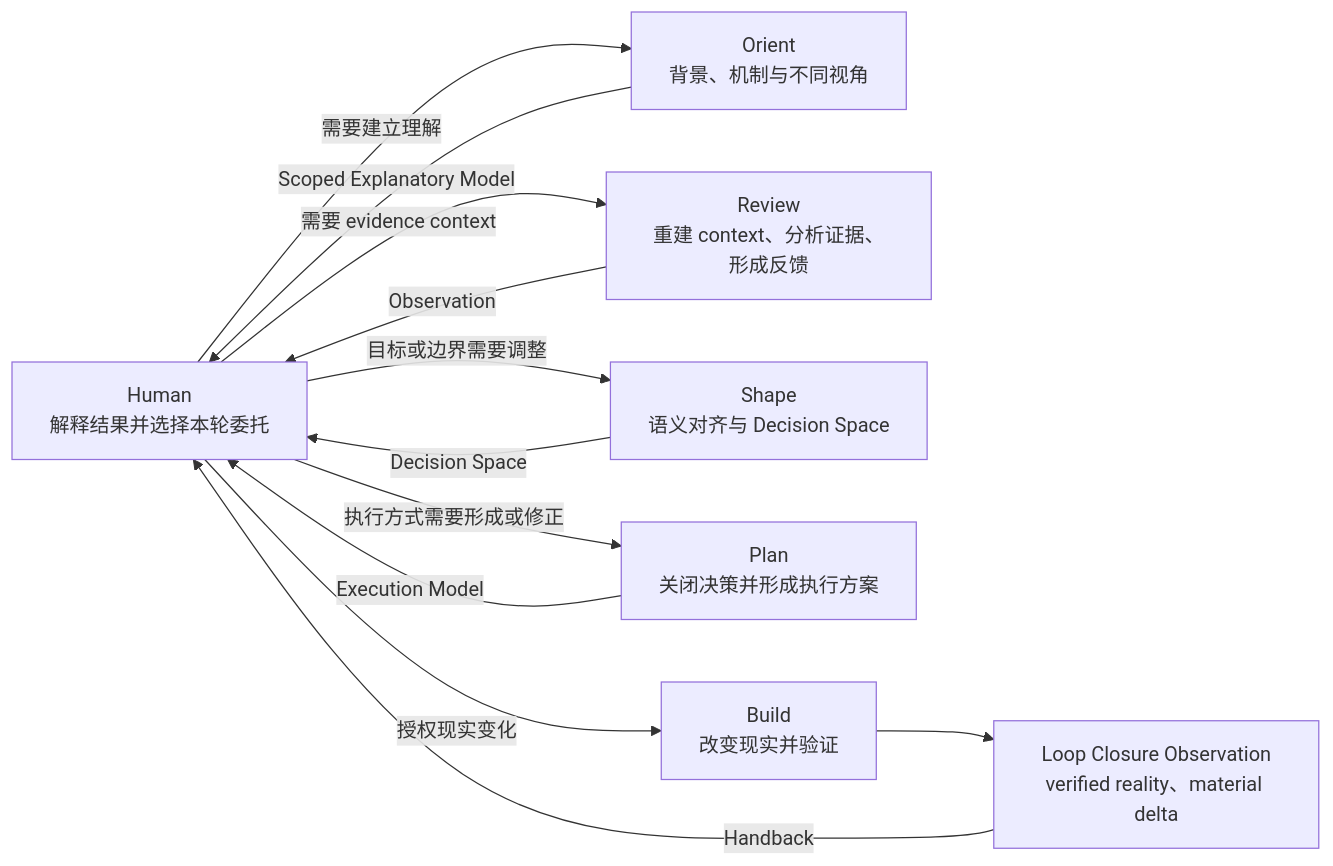
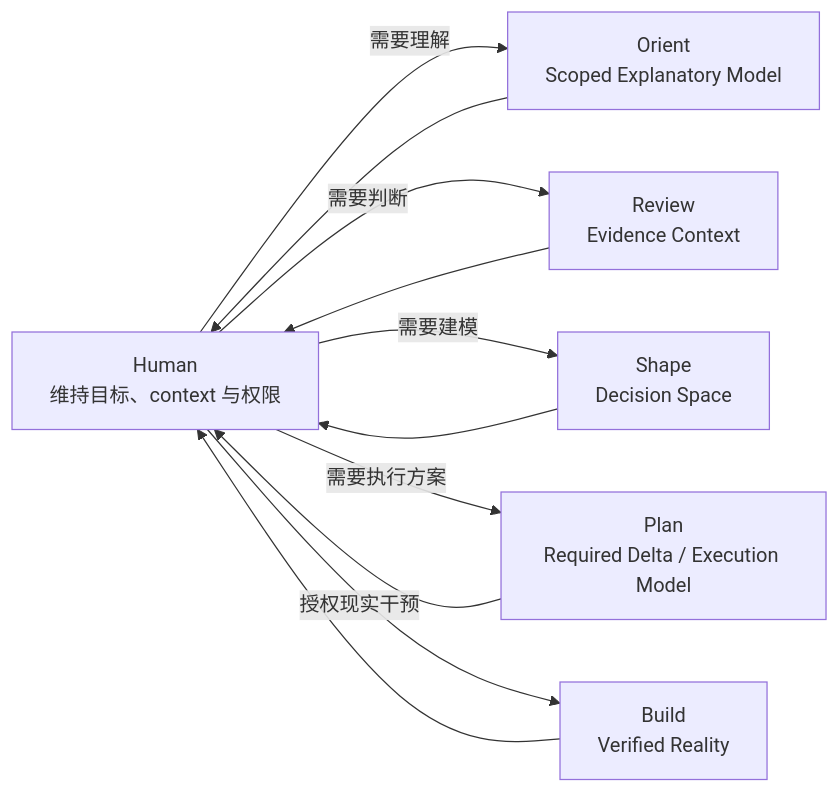
Before and after one commit to FlutteryEmbers/human-react: the first of 2 diagrams in .human-react/loop.md, drawn with Mermaid. The commit also changed other lines of this file and 29 other files, not shown here.

````diff
--- a/.human-react/loop.md
+++ b/.human-react/loop.md
@@ -13,22 +9,20 @@
 ```mermaid
 flowchart LR
-    H["Human<br/>解释结果并选择本轮委托"]
-    O["Orient<br/>背景、机制与不同视角"]
-    R["Review<br/>重建 context、分析证据、形成反馈"]
-    S["Shape<br/>语义对齐与 Decision Space"]
-    P["Plan<br/>关闭决策并形成执行方案"]
-    B["Build<br/>改变现实并验证"]
-    C["Loop Closure Observation<br/>verified reality、material delta"]
+    H["Human<br/>维持目标、context 与权限"]
+    O["Orient<br/>Scoped Explanatory Model"]
+    R["Review<br/>Evidence Context"]
+    S["Shape<br/>Decision Space"]
+    P["Plan<br/>Required Delta / Execution Model"]
+    B["Build<br/>Verified Reality"]
 
-    H -->|"需要建立理解"| O
-    H -->|"需要 evidence context"| R
-    H -->|"目标或边界需要调整"| S
-    H -->|"执行方式需要形成或修正"| P
-    H -->|"授权现实变化"| B
-    O -->|"Scoped Explanatory Model"| H
-    R -->|"Observation"| H
-    S -->|"Decision Space"| H
-    P -->|"Execution Model"| H
-    B --> C
-    C -->|"Handback"| H
+    H -->|"需要理解"| O
+    H -->|"需要判断"| R
+    H -->|"需要建模"| S
+    H -->|"需要执行方案"| P
+    H -->|"授权现实干预"| B
+    O --> H
+    R --> H
+    S --> H
+    P --> H
+    B --> H
 ```
````
